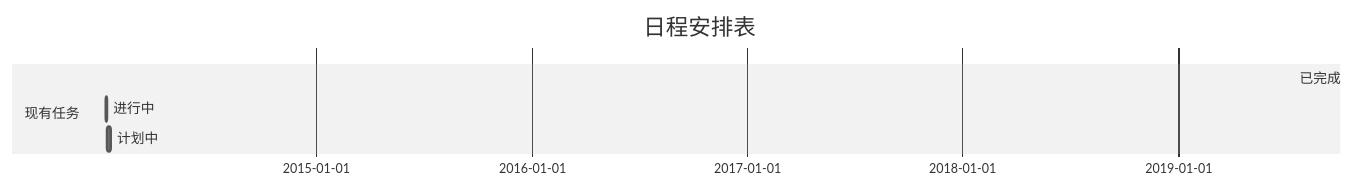
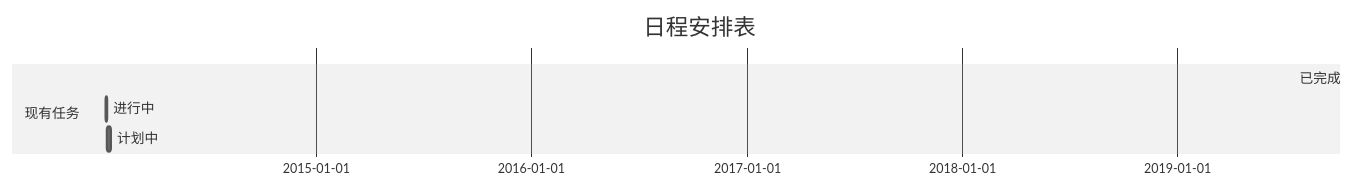
One commit to gZeyu/note changed the diagram in 订餐系统/日程安排表.md. Above: the diagram before and after it, drawn with Mermaid (neutral theme). The commit also changed other lines of this file, not shown here.

````diff
--- a/订餐系统/日程安排表.md
+++ b/订餐系统/日程安排表.md
@@ -2,9 +2,9 @@
 ```mermaid
 gantt
         dateFormat  YYYY-MM-DD
         title 日程安排表
         section 现有任务
-        已完成               :active,    des1, 2019-07-16,1
+        已完成               :active,    des1, 2019-07-16,1d
         进行中               :active,  des2, 2014-01-09, 3d
         计划中               :            des3, after des2, 5d
 ```
````
